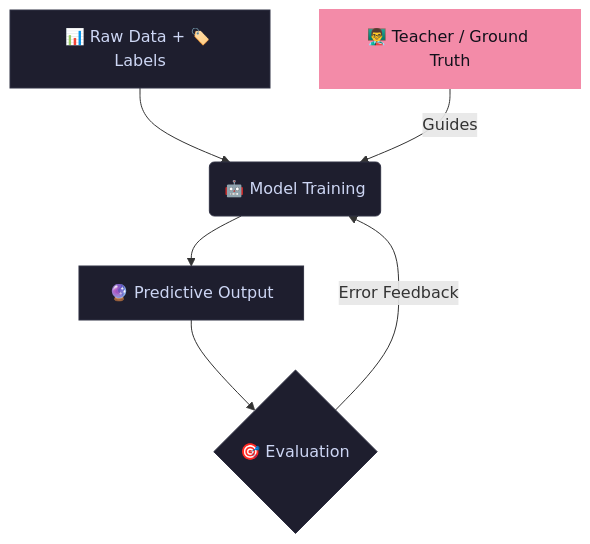
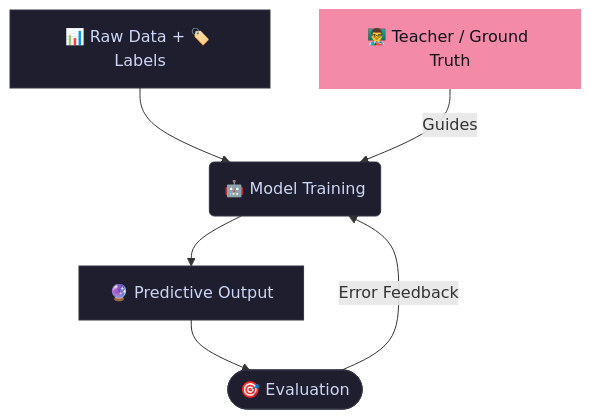
The first of 2 diagrams in slides.md (jingerlab/pibm_demo), drawn with Mermaid before and after one commit. The commit also changed other lines of this file, not shown here.

````diff
--- a/slides.md
+++ b/slides.md
@@ -123,14 +122,14 @@
 ```mermaid
 graph TD
     %% Define Theme Style
     classDef default fill:#1e1e2e,stroke:#313244,stroke-width:1px,color:#cdd6f4;
     classDef highlight fill:#f38ba8,stroke:#f38ba8,stroke-width:2px,color:#11111b;
     
     A[📊 Raw Data + 🏷️ Labels] --> B(🤖 Model Training)
     C[👨‍🏫 Teacher / Ground Truth] -->|Guides| B
     B --> D[🔮 Predictive Output]
-    D --> E{🎯 Evaluation}
+    D --> E([🎯 Evaluation])
     E -->|Error Feedback| B
     
     class C highlight;
 ```
````
